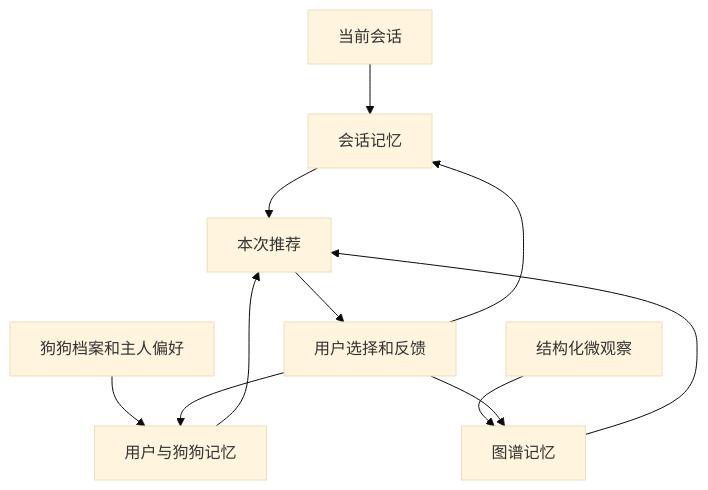
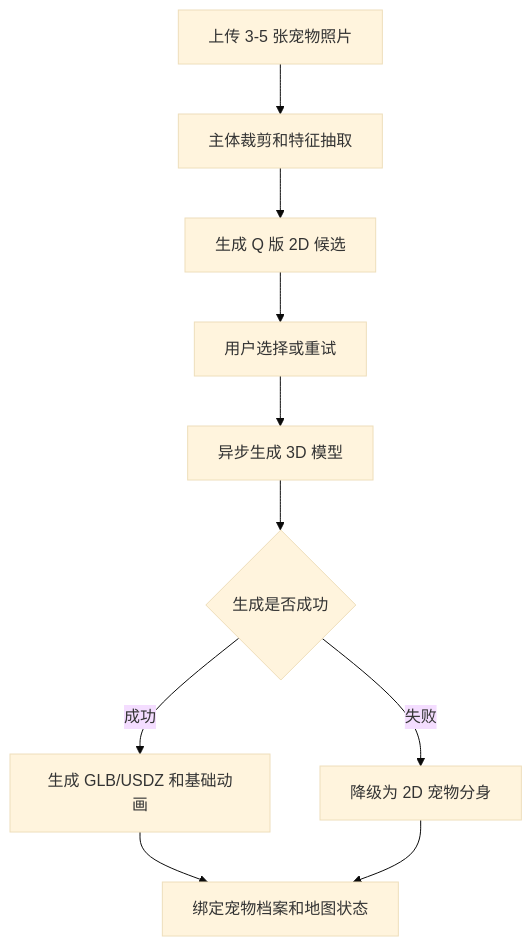
Before and after one commit to 1pitaph/PawPilot: the fifth of 6 diagrams in docs/prd-pet-mobility-agent.md, drawn with Mermaid (base theme). The commit also changed other lines of this file and 5 other files, not shown here.

````diff
--- a/docs/prd-pet-mobility-agent.md
+++ b/docs/prd-pet-mobility-agent.md
@@ -729,13 +660,12 @@
 ```{mermaid}
 flowchart TD
-    A[当前会话] --> B[会话记忆]
-    C[狗狗档案和主人偏好] --> D[用户与狗狗记忆]
-    E[结构化微观察] --> F[图谱记忆]
-    B --> G[本次推荐]
-    D --> G
-    F --> G
-    G --> H[用户选择和反馈]
-    H --> B
-    H --> D
-    H --> F
+    A[上传 3-5 张宠物照片] --> B[主体裁剪和特征抽取]
+    B --> C[生成 Q 版 2D 候选]
+    C --> D[用户选择或重试]
+    D --> E[异步生成 3D 模型]
+    E --> F{生成是否成功}
+    F -- 成功 --> G[生成 GLB/USDZ 和基础动画]
+    F -- 失败 --> H[降级为 2D 宠物分身]
+    G --> I[绑定宠物档案和地图状态]
+    H --> I
 ```
````
